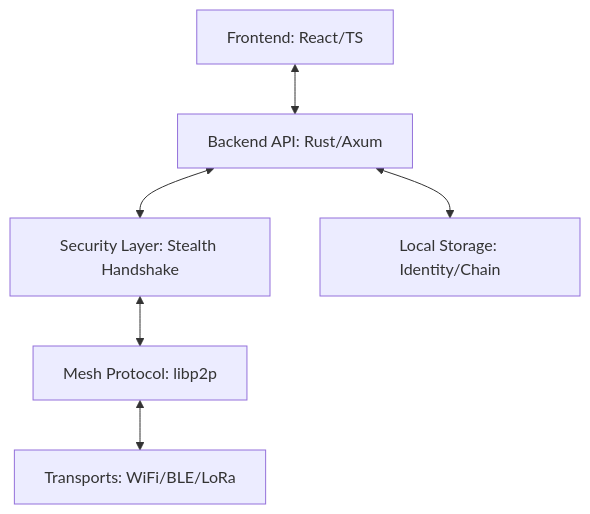
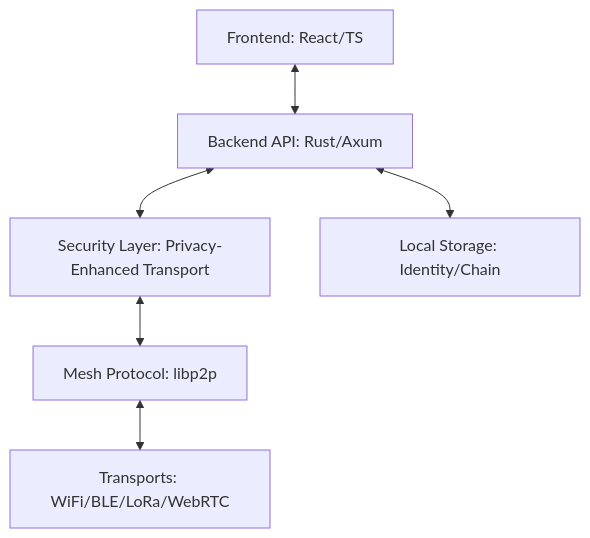
The diagram in README.md (Phantomojo/GhostWire-secure-mesh-communication), drawn with Mermaid before and after one commit. The commit also changed other lines of this file, not shown here.

````diff
--- a/README.md
+++ b/README.md
@@ -69,8 +101,8 @@
 ```mermaid
 graph TD
     A[Frontend: React/TS] <--> B[Backend API: Rust/Axum]
-    B <--> C[Security Layer: Stealth Handshake]
+    B <--> C[Security Layer: Privacy-Enhanced Transport]
     C <--> D[Mesh Protocol: libp2p]
-    D <--> E[Transports: WiFi/BLE/LoRa]
+    D <--> E[Transports: WiFi/BLE/LoRa/WebRTC]
     B <--> F[Local Storage: Identity/Chain]
 ```
````
